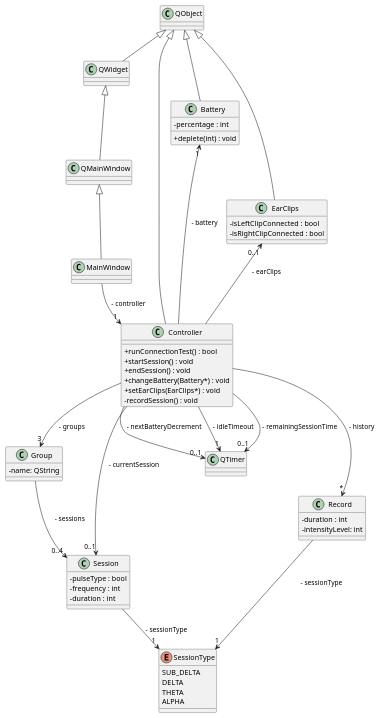
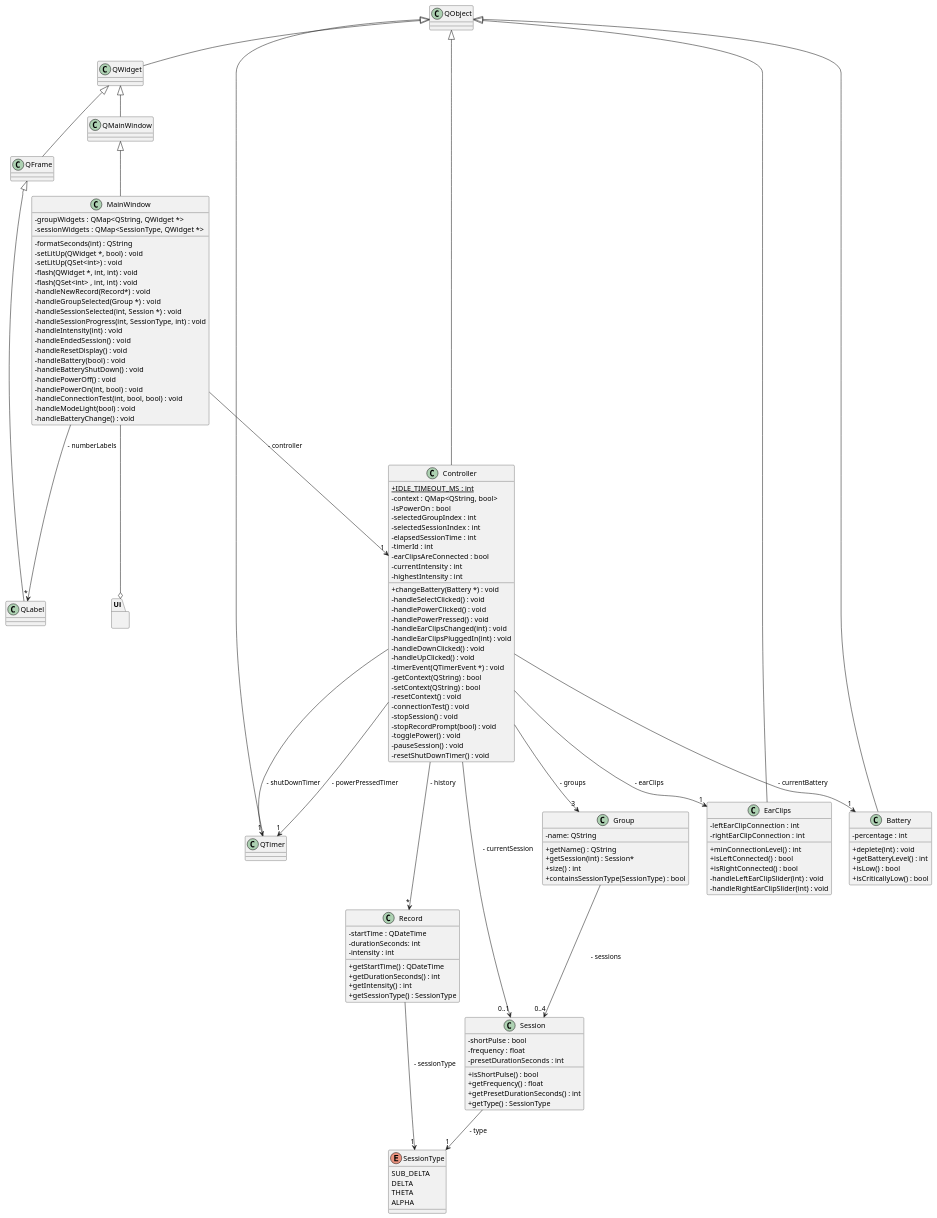
The diagram in design/class-diagram.plantuml (alejita11011/CES-Simulator), drawn with PlantUML before and after one commit. The commit also changed 1 other file, not shown here.

Commit message:
Update uml class diagram

```diff
--- a/design/class-diagram.plantuml
+++ b/design/class-diagram.plantuml
@@ -1,66 +1,140 @@
 @startuml class-diagram
 skinparam classAttributeIconSize 0
 
 QObject <|-- QWidget
 QWidget <|-- QMainWindow
+QWidget <|-- QFrame
+QFrame <|-- QLabel
 QMainWindow <|-- MainWindow
 MainWindow --> "1" Controller : " - controller"
-class MainWindow {
+MainWindow --> "*" QLabel : " - numberLabels"
+
+namespace Ui {
 }
 
+MainWindow --o Ui
+
+class MainWindow {
+  - groupWidgets : QMap<QString, QWidget *>
+  - sessionWidgets : QMap<SessionType, QWidget *>
+  - formatSeconds(int) : QString
+  - setLitUp(QWidget *, bool) : void
+  - setLitUp(QSet<int>) : void
+  - flash(QWidget *, int, int) : void
+  - flash(QSet<int> , int, int) : void
+  - handleNewRecord(Record*) : void
+  - handleGroupSelected(Group *) : void 
+  - handleSessionSelected(int, Session *) : void
+  - handleSessionProgress(int, SessionType, int) : void
+  - handleIntensity(int) : void
+  - handleEndedSession() : void
+  - handleResetDisplay() : void
+  - handleBattery(bool)  : void 
+  - handleBatteryShutDown() : void
+  - handlePowerOff() : void
+  - handlePowerOn(int, bool) : void
+  - handleConnectionTest(int, bool, bool) : void
+  - handleModeLight(bool) : void
+  - handleBatteryChange() : void
+}
+
+QObject <|-- QTimer
 QObject <|-- Controller
+Controller --> "*" Record : " - history"
 Controller --> "3" Group : " - groups"
-Controller --> "*" Record : " - history"
-Battery "1" <-- Controller : " - battery"
-EarClips "0..1" <-- Controller : " - earClips"
-Controller --> "1" QTimer : " - idleTimeout"
+Controller --> "1" QTimer : " - shutDownTimer"
+Controller --> "1" QTimer : " - powerPressedTimer"
 Controller --> "0..1" Session : " - currentSession"
-Controller --> "0..1" QTimer : " - remainingSessionTime"
-Controller --> "0..1" QTimer : " - nextBatteryDecrement"
+Controller --> "1" EarClips : " - earClips"
+Controller --> "1" Battery: " - currentBattery"
+
 class Controller {
-  + runConnectionTest() : bool
-  + startSession() : void
-  + endSession() : void
-  + changeBattery(Battery*) : void
-  + setEarClips(EarClips*) : void
-  - recordSession() : void
+  + {static} IDLE_TIMEOUT_MS : int
+  - context : QMap<QString, bool>
+  - isPowerOn : bool
+  - selectedGroupIndex : int
+  - selectedSessionIndex : int
+  - elapsedSessionTime : int
+  - timerId : int
+  - earClipsAreConnected : bool
+  - currentIntensity : int 
+  - highestIntensity : int
+  + changeBattery(Battery *) : void
+  - handleSelectClicked() : void
+  - handlePowerClicked() : void
+  - handlePowerPressed() : void
+  - handleEarClipsChanged(int) : void
+  - handleEarClipsPluggedIn(int) : void
+  - handleDownClicked() : void
+  - handleUpClicked() : void
+  - timerEvent(QTimerEvent *) : void
+  - getContext(QString) : bool
+  - setContext(QString) : bool
+  - resetContext() : void
+  - connectionTest() : void
+  - stopSession() : void
+  - stopRecordPrompt(bool) : void
+  - togglePower() : void
+  - pauseSession() : void
+  - resetShutDownTimer() : void
 }
 
 Group --> "0..4" Session : " - sessions"
 class Group {
   - name: QString
+  + getName() : QString
+  + getSession(int) : Session*
+  + size() : int
+  + containsSessionType(SessionType) : bool
 }
 
-Session --> "1" SessionType : " - sessionType"
+Session --> "1" SessionType : " - type"
 class Session {
-  - pulseType : bool 
-  - frequency : int
-  - duration : int
+  - shortPulse : bool 
+  - frequency : float
+  - presetDurationSeconds : int
+  + isShortPulse() : bool
+  + getFrequency() : float
+  + getPresetDurationSeconds() : int
+  + getType() : SessionType
 }
 
 Record --> "1" SessionType : " - sessionType"
 class Record {
-  - duration : int
-  - intensityLevel: int
+  - startTime : QDateTime
+  - durationSeconds: int
+  - intensity : int 
+  + getStartTime() : QDateTime
+  + getDurationSeconds() : int
+  + getIntensity() : int 
+  + getSessionType() : SessionType
 }
 
 enum SessionType {
   SUB_DELTA
   DELTA
   THETA
   ALPHA
 }
 
 QObject <|-- Battery
 class Battery {
   - percentage : int
   + deplete(int) : void
+  + getBatteryLevel() : int
+  + isLow() : bool
+  + isCriticallyLow() : bool
 }
 
 QObject <|-- EarClips
 class EarClips {
-  - isLeftClipConnected : bool
-  - isRightClipConnected : bool
+  - leftEarClipConnection : int
+  - rightEarClipConnection : int
+  + minConnectionLevel() : int 
+  + isLeftConnected() : bool
+  + isRightConnected() : bool
+  - handleLeftEarClipSlider(int) : void
+  - handleRightEarClipSlider(int) : void
 }
 
 @enduml
```
